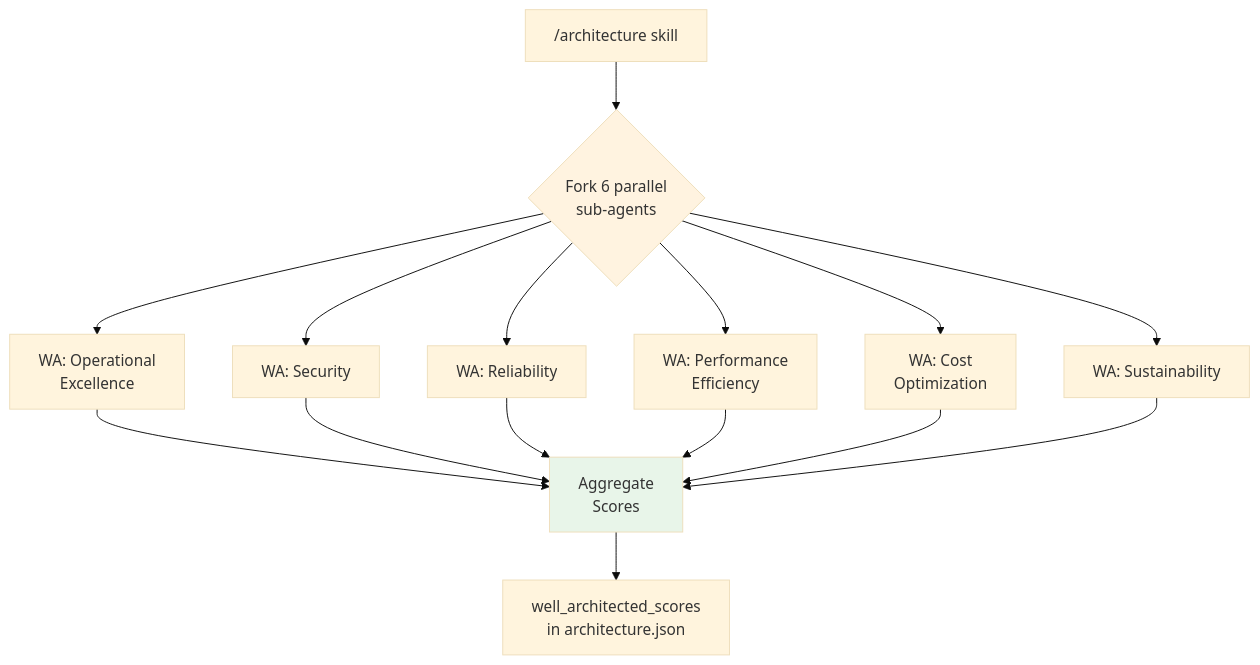
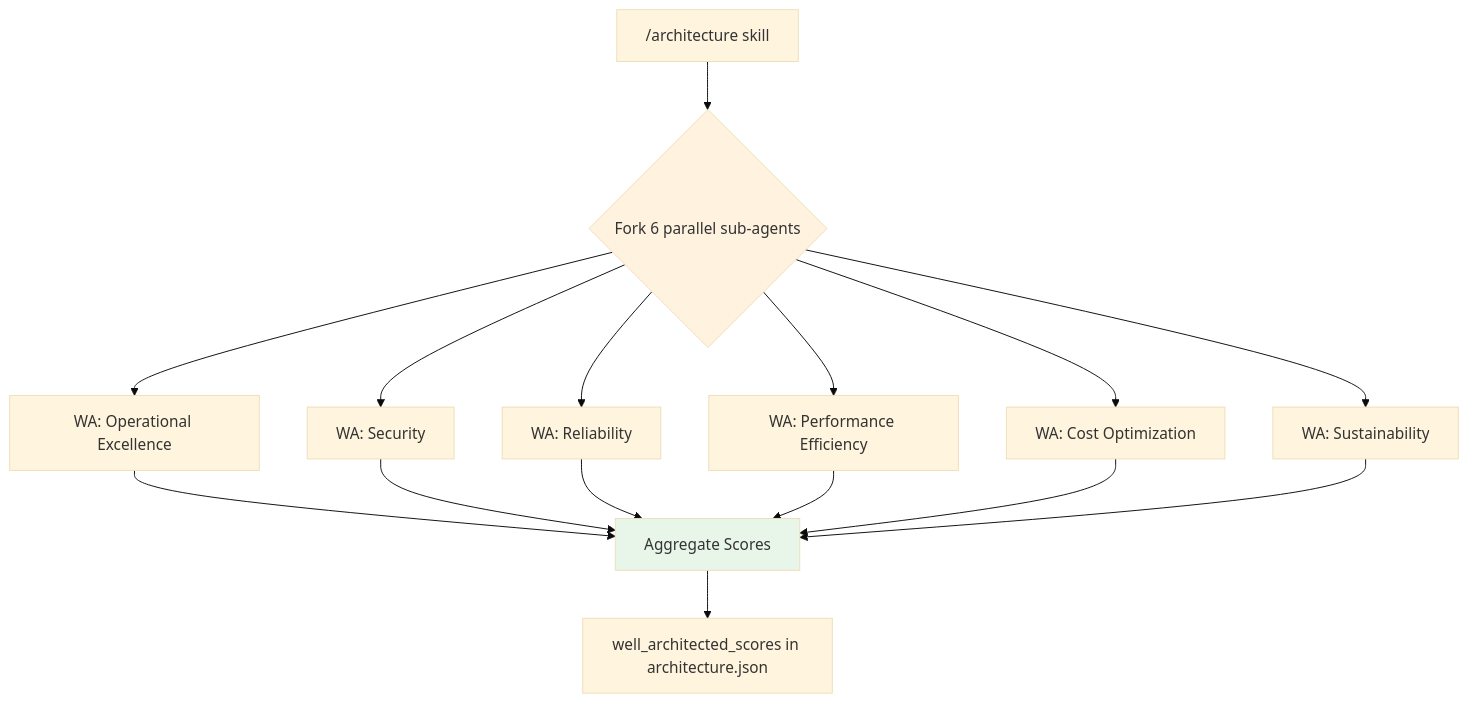
Before and after one commit to Modular-Earth-LLC/solutions-architecture-agent: the fifth of 5 diagrams in ARCHITECTURE.md, drawn with Mermaid (base theme). The commit also changed other lines of this file, not shown here.

Commit message:
fix(architecture): quote Mermaid labels per quality rules, fix phase-skip and integration-plan docs

````diff
--- a/ARCHITECTURE.md
+++ b/ARCHITECTURE.md
@@ -210,22 +210,22 @@
 ```mermaid
-graph TD
-    ARCH["/architecture skill"] --> FORK{Fork 6 parallel<br/>sub-agents}
-    FORK --> P1[WA: Operational<br/>Excellence]
-    FORK --> P2[WA: Security]
-    FORK --> P3[WA: Reliability]
-    FORK --> P4[WA: Performance<br/>Efficiency]
-    FORK --> P5[WA: Cost<br/>Optimization]
-    FORK --> P6[WA: Sustainability]
+flowchart TD
+    ARCH["/architecture skill"] --> FORK{"Fork 6 parallel sub-agents"}
+    FORK --> P1["WA: Operational Excellence"]
+    FORK --> P2["WA: Security"]
+    FORK --> P3["WA: Reliability"]
+    FORK --> P4["WA: Performance Efficiency"]
+    FORK --> P5["WA: Cost Optimization"]
+    FORK --> P6["WA: Sustainability"]
 
-    P1 --> JOIN[Aggregate<br/>Scores]
+    P1 --> JOIN["Aggregate Scores"]
     P2 --> JOIN
     P3 --> JOIN
     P4 --> JOIN
     P5 --> JOIN
     P6 --> JOIN
 
-    JOIN --> WA[well_architected_scores<br/>in architecture.json]
+    JOIN --> WA["well_architected_scores in architecture.json"]
 
     style FORK fill:#fff3e0
     style JOIN fill:#e8f5e9
 ```
````
